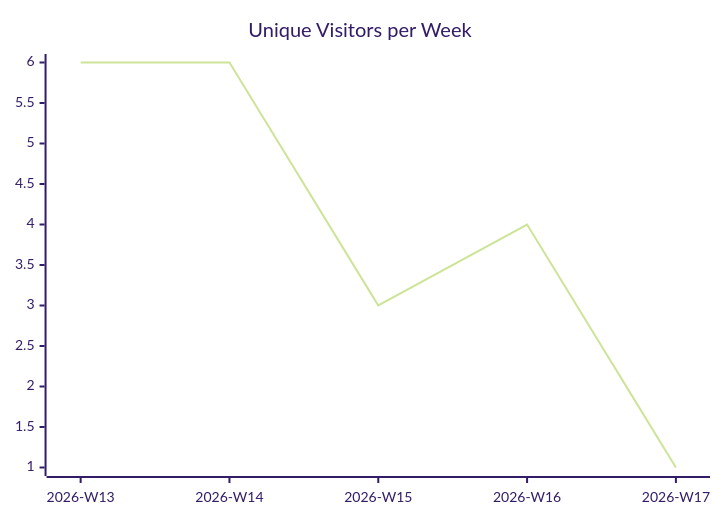
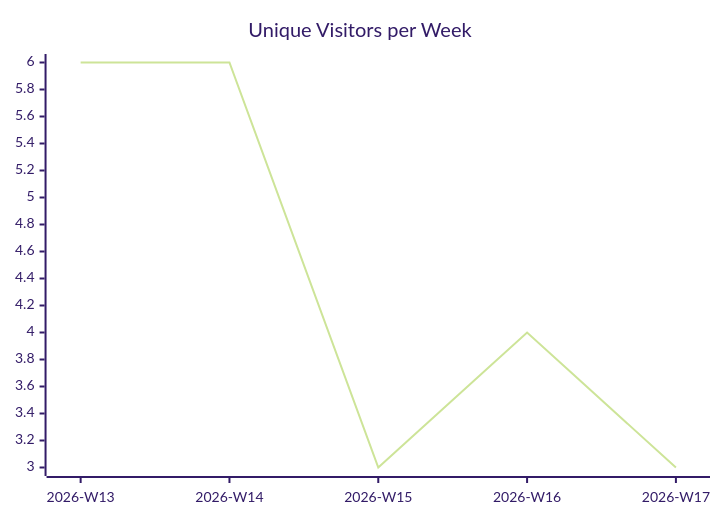
Before and after one commit to justdavis-family/github-analytics-data: the first of 3 diagrams in karlmdavis/ksoap2-android/README.md, drawn with Mermaid (forest theme). The commit also changed other lines of this file and 191 other files, not shown here.

````diff
--- a/karlmdavis/ksoap2-android/README.md
+++ b/karlmdavis/ksoap2-android/README.md
@@ -5,6 +5,6 @@
 ```mermaid
 xychart-beta
   title "Unique Visitors per Week"
   x-axis ["2026-W13", "2026-W14", "2026-W15", "2026-W16", "2026-W17"]
-  line [6, 6, 3, 4, 1]
+  line [6, 6, 3, 4, 3]
 ```
````
